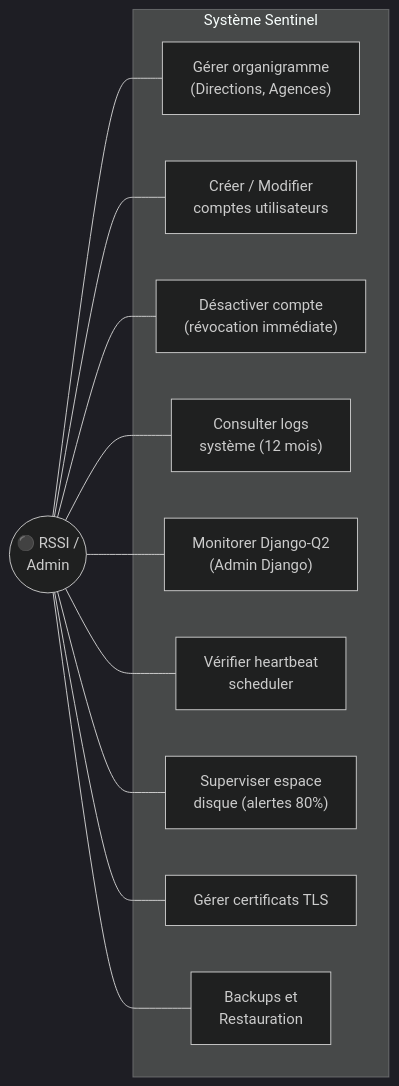
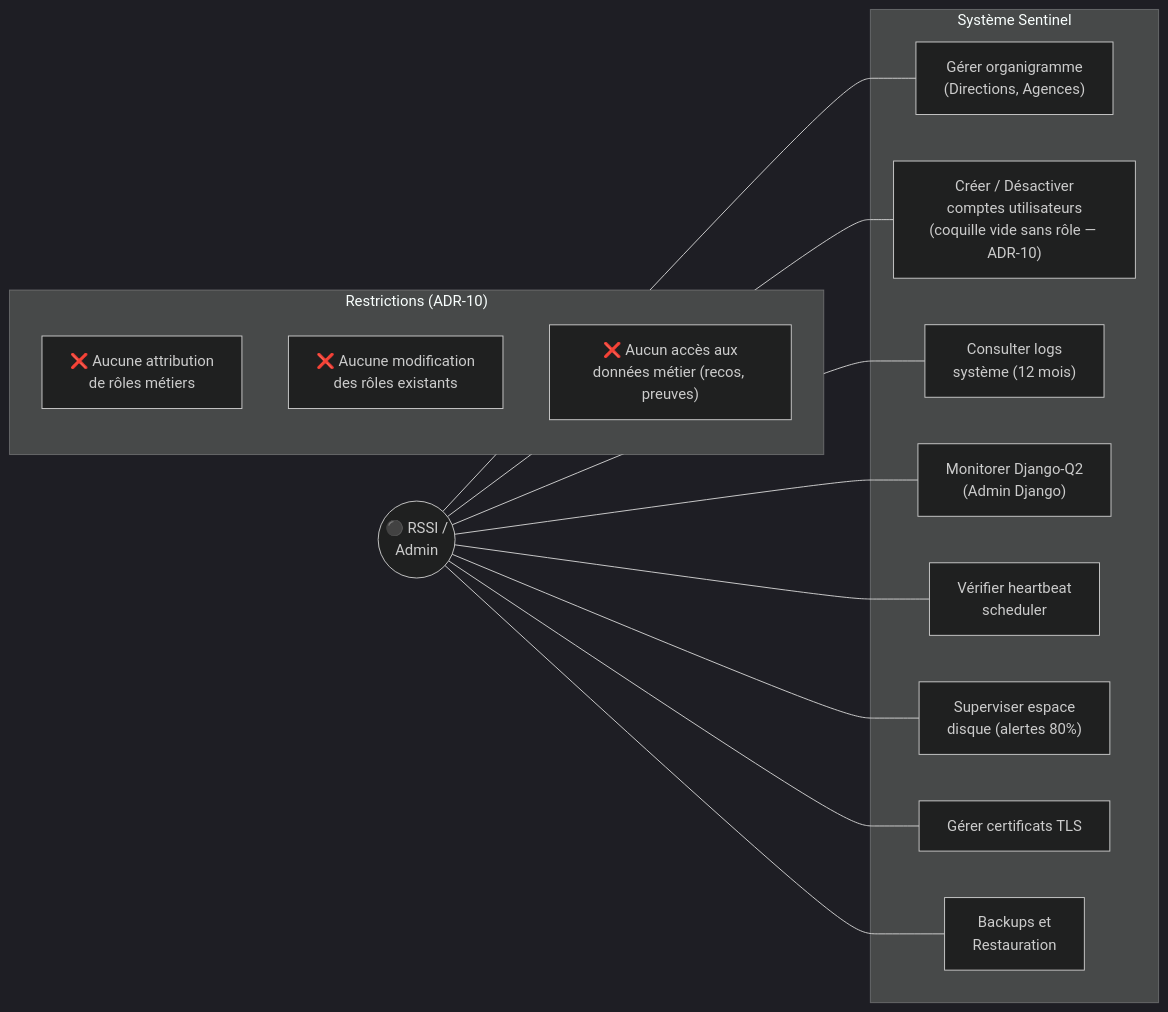
Diagram 19 of 20 in _bmad-output/planning-artifacts/system-diagrams.md (Tchendjou2003/bicec--Sentinel), drawn with Mermaid (dark theme) before and after one commit. The commit also changed other lines of this file and 46 other files, not shown here.

````diff
--- a/_bmad-output/planning-artifacts/system-diagrams.md
+++ b/_bmad-output/planning-artifacts/system-diagrams.md
@@ -1035,26 +1037,30 @@
 ```mermaid
 flowchart LR
     subgraph "Système Sentinel"
         UC1["Gérer organigramme\n(Directions, Agences)"]
-        UC2["Créer / Modifier\ncomptes utilisateurs"]
-        UC3["Désactiver compte\n(révocation immédiate)"]
-        UC4["Consulter logs\nsystème (12 mois)"]
-        UC5["Monitorer Django-Q2\n(Admin Django)"]
-        UC6["Vérifier heartbeat\nscheduler"]
-        UC7["Superviser espace\ndisque (alertes 80%)"]
-        UC8["Gérer certificats TLS"]
-        UC9["Backups et\nRestauration"]
+        UC2["Créer / Désactiver\ncomptes utilisateurs\n(coquille vide sans rôle — ADR-10)"]
+        UC3["Consulter logs\nsystème (12 mois)"]
+        UC4["Monitorer Django-Q2\n(Admin Django)"]
+        UC5["Vérifier heartbeat\nscheduler"]
+        UC6["Superviser espace\ndisque (alertes 80%)"]
+        UC7["Gérer certificats TLS"]
+        UC8["Backups et\nRestauration"]
+    end
+
+    subgraph "Restrictions (ADR-10)"
+        R1["❌ Aucune attribution\nde rôles métiers"]
+        R2["❌ Aucune modification\ndes rôles existants"]
+        R3["❌ Aucun accès aux\ndonnées métier (recos, preuves)"]
     end
 
     RSSI(("⚫ RSSI /\nAdmin"))
 
     RSSI --- UC1
     RSSI --- UC2
     RSSI --- UC3
     RSSI --- UC4
     RSSI --- UC5
     RSSI --- UC6
     RSSI --- UC7
     RSSI --- UC8
-    RSSI --- UC9
 ```
````
